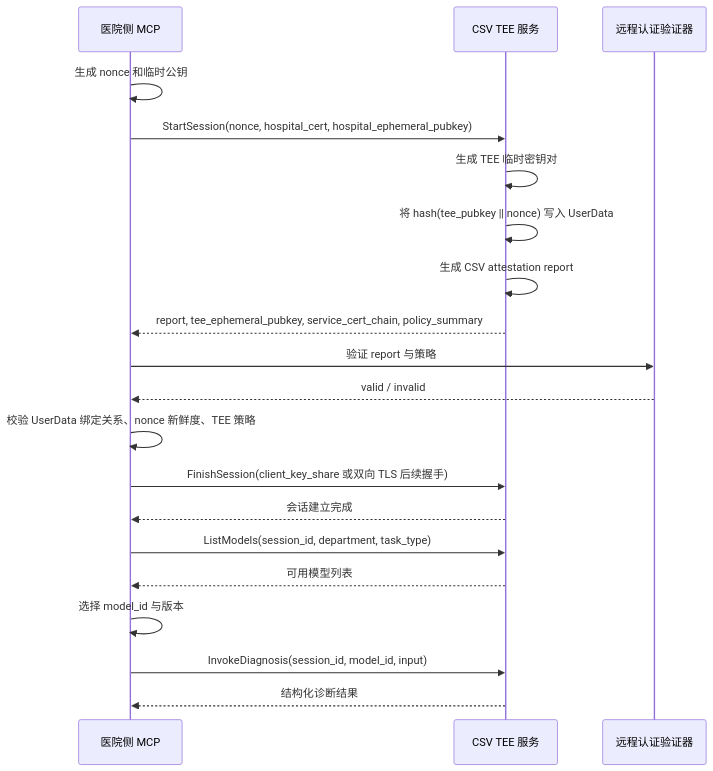
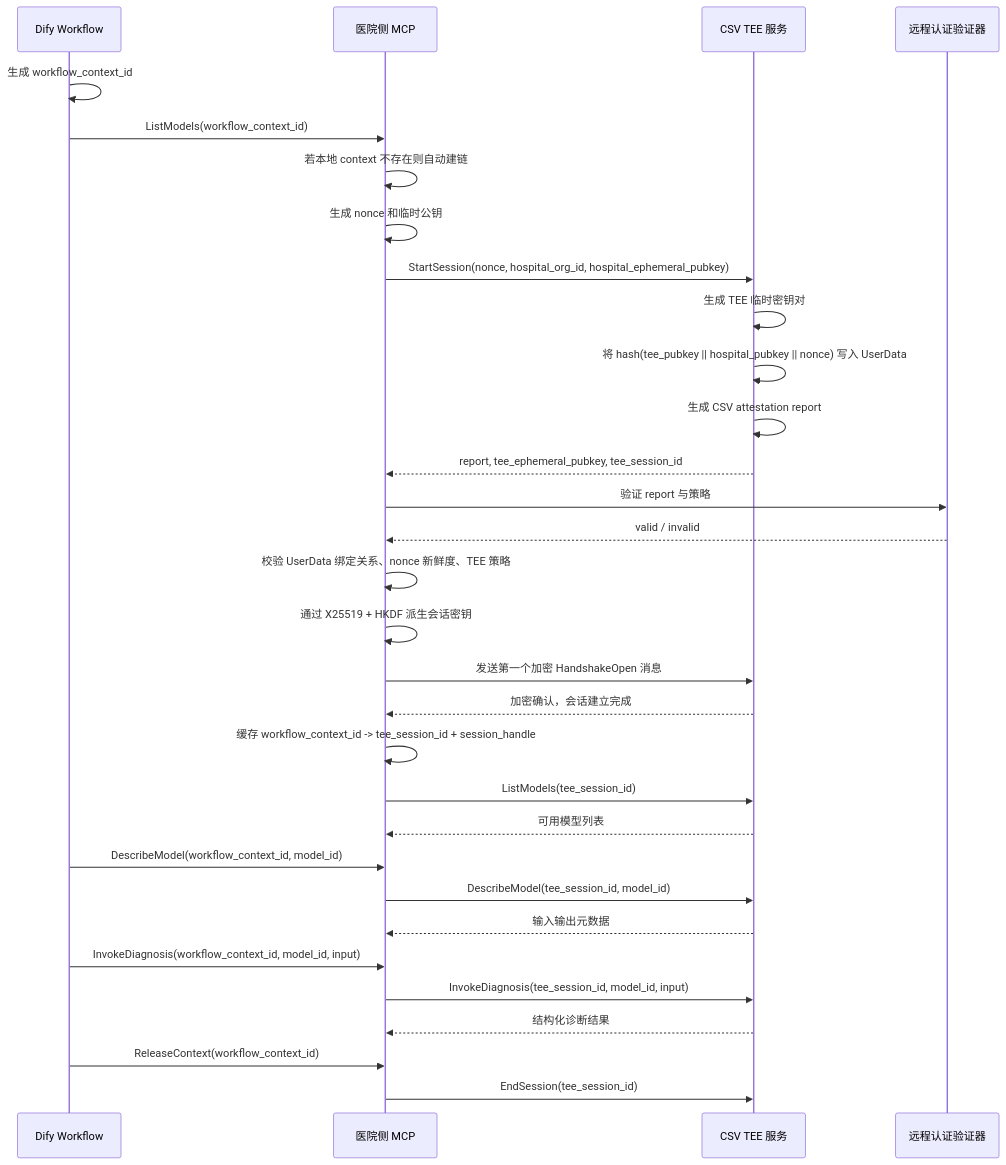
The second of 2 diagrams in docs/mcp_csv_tee_design.md (isha42zzz/MedAssist), drawn with Mermaid before and after one commit. The commit also changed other lines of this file and 42 other files, not shown here.

Commit message:
feat: initialize MedAssist hospital MCP and CSV TEE inference workflow

````diff
--- a/docs/mcp_csv_tee_design.md
+++ b/docs/mcp_csv_tee_design.md
@@ -134,23 +134,34 @@
 ```mermaid
 sequenceDiagram
+    participant D as Dify Workflow
     participant H as 医院侧 MCP
     participant T as CSV TEE 服务
     participant V as 远程认证验证器
 
+    D->>D: 生成 workflow_context_id
+    D->>H: ListModels(workflow_context_id)
+    H->>H: 若本地 context 不存在则自动建链
     H->>H: 生成 nonce 和临时公钥
-    H->>T: StartSession(nonce, hospital_cert, hospital_ephemeral_pubkey)
+    H->>T: StartSession(nonce, hospital_org_id, hospital_ephemeral_pubkey)
     T->>T: 生成 TEE 临时密钥对
-    T->>T: 将 hash(tee_pubkey || nonce) 写入 UserData
+    T->>T: 将 hash(tee_pubkey || hospital_pubkey || nonce) 写入 UserData
     T->>T: 生成 CSV attestation report
-    T-->>H: report, tee_ephemeral_pubkey, service_cert_chain, policy_summary
+    T-->>H: report, tee_ephemeral_pubkey, tee_session_id
     H->>V: 验证 report 与策略
     V-->>H: valid / invalid
     H->>H: 校验 UserData 绑定关系、nonce 新鲜度、TEE 策略
-    H->>T: FinishSession(client_key_share 或双向 TLS 后续握手)
-    T-->>H: 会话建立完成
-    H->>T: ListModels(session_id, department, task_type)
+    H->>H: 通过 X25519 + HKDF 派生会话密钥
+    H->>T: 发送第一个加密 HandshakeOpen 消息
+    T-->>H: 加密确认，会话建立完成
+    H->>H: 缓存 workflow_context_id -> tee_session_id + session_handle
+    H->>T: ListModels(tee_session_id)
     T-->>H: 可用模型列表
-    H->>H: 选择 model_id 与版本
-    H->>T: InvokeDiagnosis(session_id, model_id, input)
+    D->>H: DescribeModel(workflow_context_id, model_id)
+    H->>T: DescribeModel(tee_session_id, model_id)
+    T-->>H: 输入输出元数据
+    D->>H: InvokeDiagnosis(workflow_context_id, model_id, input)
+    H->>T: InvokeDiagnosis(tee_session_id, model_id, input)
     T-->>H: 结构化诊断结果
+    D->>H: ReleaseContext(workflow_context_id)
+    H->>T: EndSession(tee_session_id)
 ```
````
